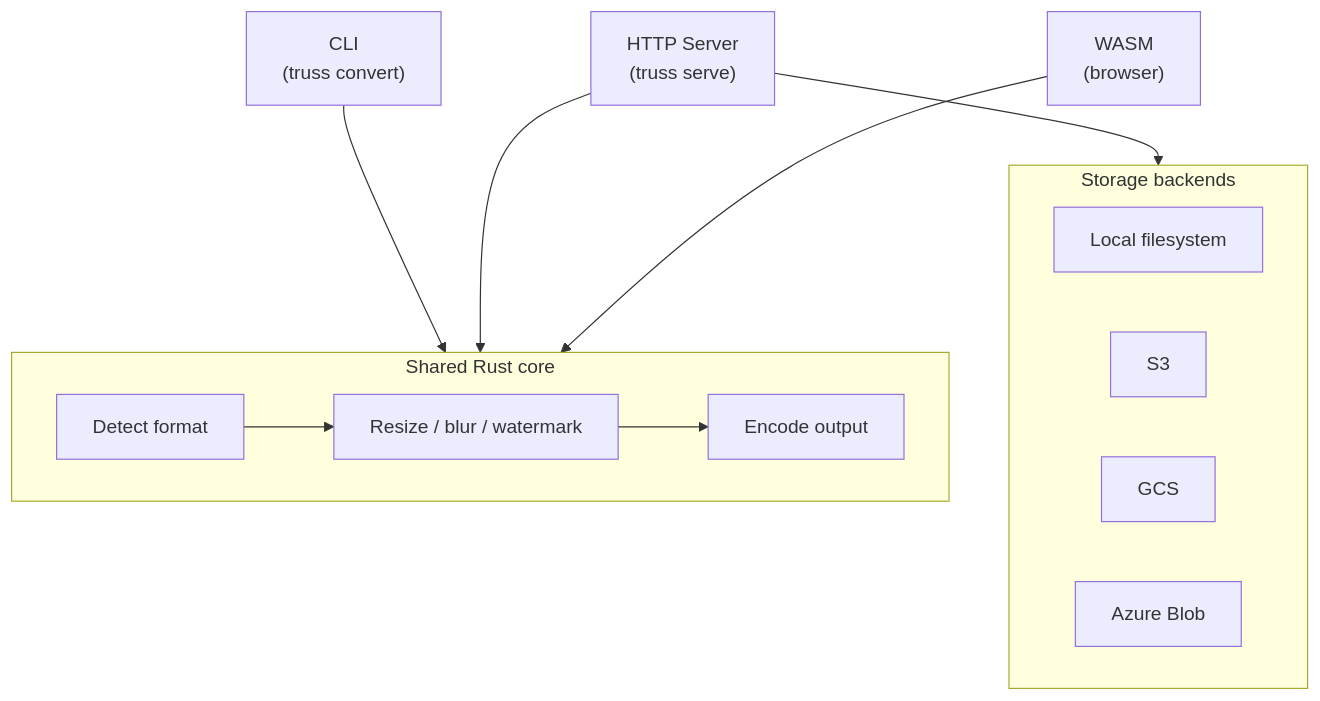
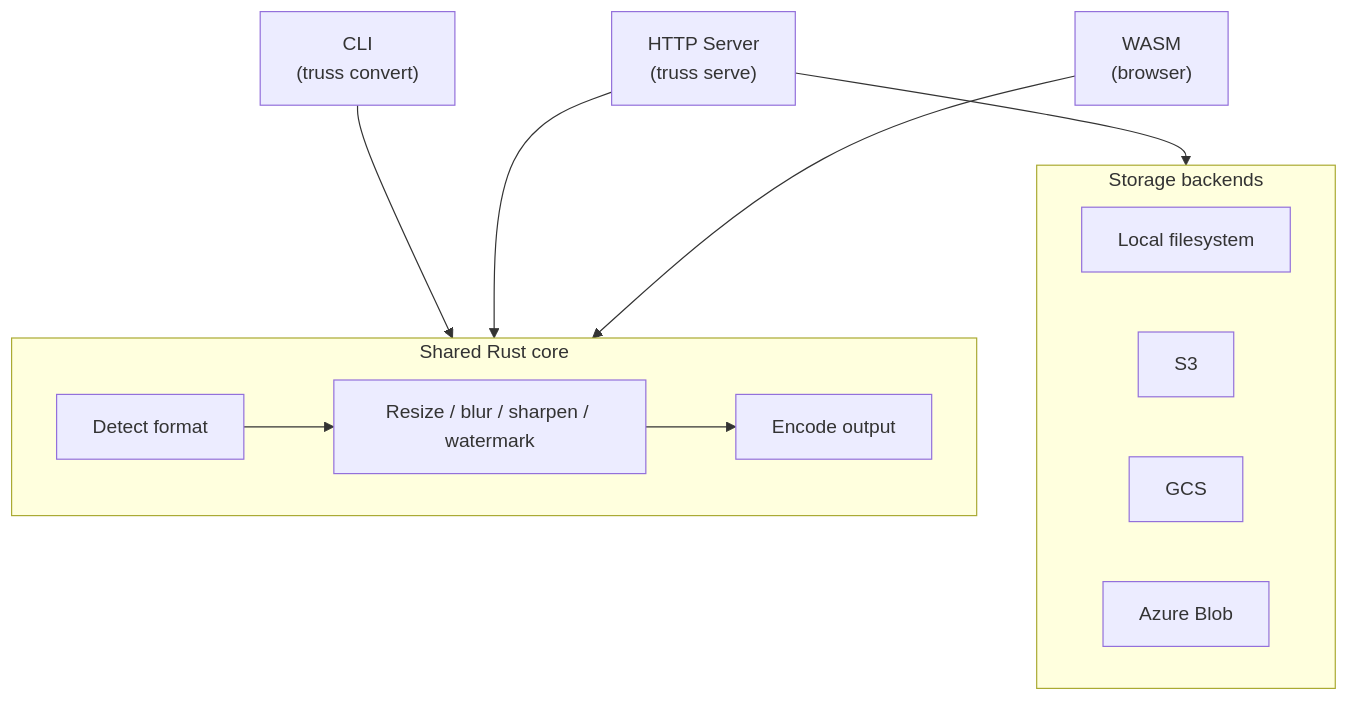
One commit to nao1215/truss changed the first of 2 diagrams in README.md. Above: the diagram before and after it, drawn with Mermaid. The commit also changed other lines of this file and 13 other files, not shown here.

````diff
--- a/README.md
+++ b/README.md
@@ -55,21 +55,21 @@
 ```mermaid
 flowchart TB
     CLI["CLI<br/>(truss convert)"] --> Core
     Server["HTTP Server<br/>(truss serve)"] --> Core
     WASM["WASM<br/>(browser)"] --> Core
 
     subgraph Core["Shared Rust core"]
         direction LR
-        Sniff["Detect format"] --> Transform["Resize / blur / watermark"]
+        Sniff["Detect format"] --> Transform["Resize / blur / sharpen / watermark"]
         Transform --> Encode["Encode output"]
     end
 
     Server --> Storage
 
     subgraph Storage["Storage backends"]
         FS["Local filesystem"]
         S3["S3"]
         GCS["GCS"]
         Azure["Azure Blob"]
     end
 ```
````
